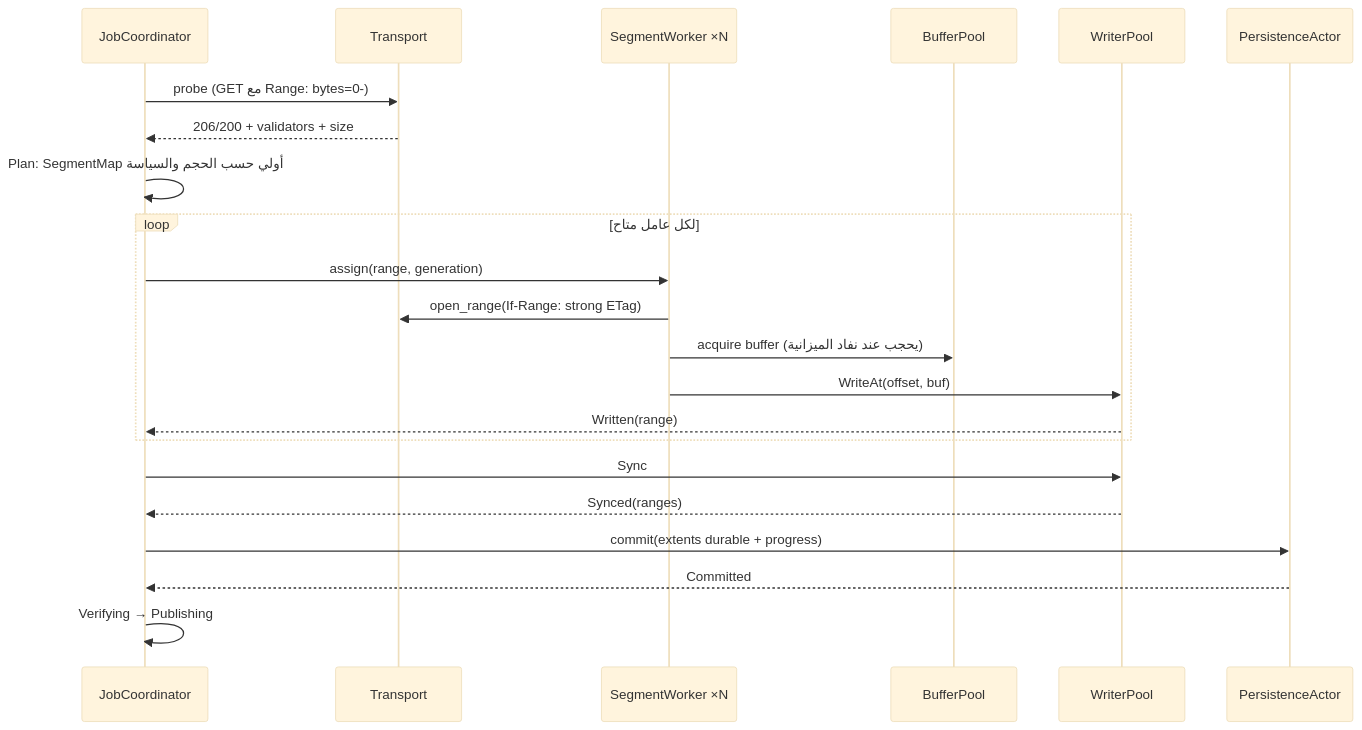
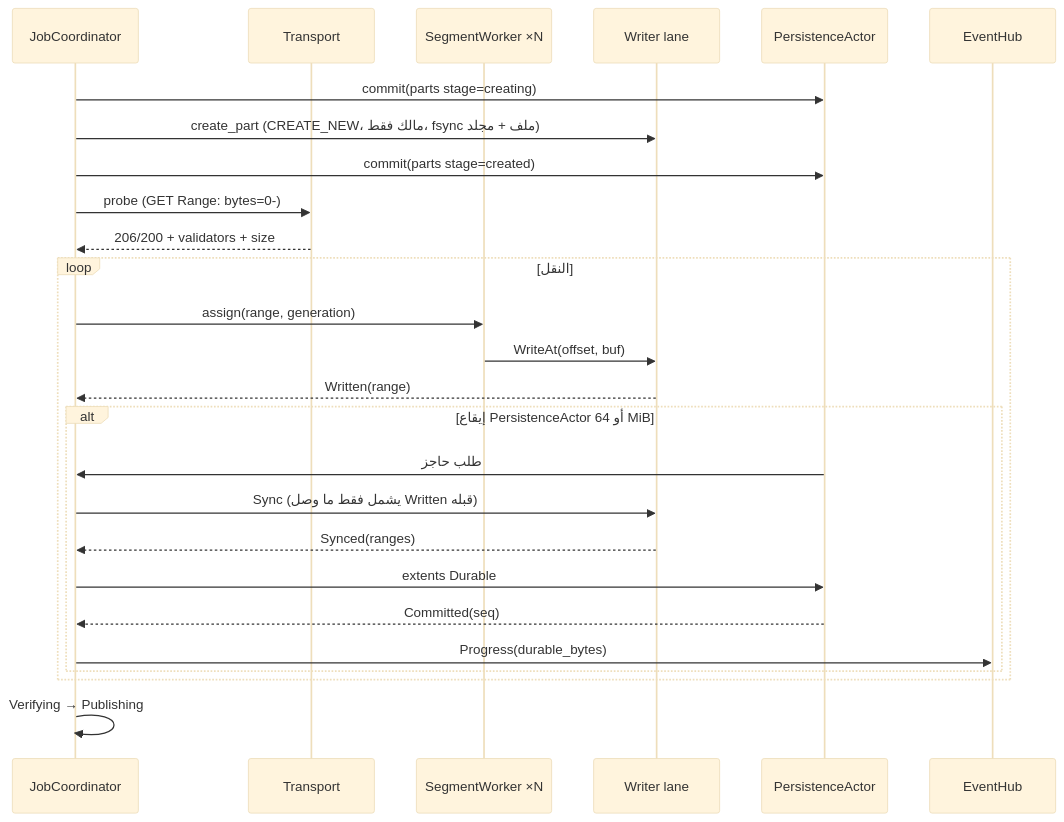
The fourth of 4 diagrams in docs/enterprise-engine-architecture.md (FMalki1406/FHD), drawn with Mermaid (base theme) before and after one commit. The commit also changed other lines of this file and 6 other files, not shown here.

First line of the commit message:
Align domain state machine with reviewed architecture v4

````diff
--- a/docs/enterprise-engine-architecture.md
+++ b/docs/enterprise-engine-architecture.md
@@ -242,24 +262,28 @@
 ```mermaid
 sequenceDiagram
   participant JC as JobCoordinator
   participant T as Transport
   participant W as SegmentWorker ×N
-  participant BP as BufferPool
-  participant WR as WriterPool
+  participant WR as Writer lane
   participant P as PersistenceActor
-  JC->>T: probe (GET مع Range: bytes=0-)
+  participant H as EventHub
+  JC->>P: commit(parts stage=creating)
+  JC->>WR: create_part (CREATE_NEW، مالك فقط، fsync ملف + مجلد)
+  JC->>P: commit(parts stage=created)
+  JC->>T: probe (GET Range: bytes=0-)
   T-->>JC: 206/200 + validators + size
-  JC->>JC: Plan: SegmentMap أولي حسب الحجم والسياسة
-  loop لكل عامل متاح
+  loop النقل
     JC->>W: assign(range, generation)
-    W->>T: open_range(If-Range: strong ETag)
-    W->>BP: acquire buffer (يحجب عند نفاد الميزانية)
     W->>WR: WriteAt(offset, buf)
     WR-->>JC: Written(range)
+    alt إيقاع PersistenceActor أو 64 MiB
+      P->>JC: طلب حاجز
+      JC->>WR: Sync (يشمل فقط ما وصل Written قبله)
+      WR-->>JC: Synced(ranges)
+      JC->>P: extents Durable
+      P-->>JC: Committed(seq)
+      JC->>H: Progress(durable_bytes)
+    end
   end
-  JC->>WR: Sync
-  WR-->>JC: Synced(ranges)
-  JC->>P: commit(extents durable + progress)
-  P-->>JC: Committed
   JC->>JC: Verifying → Publishing
 ```
````
